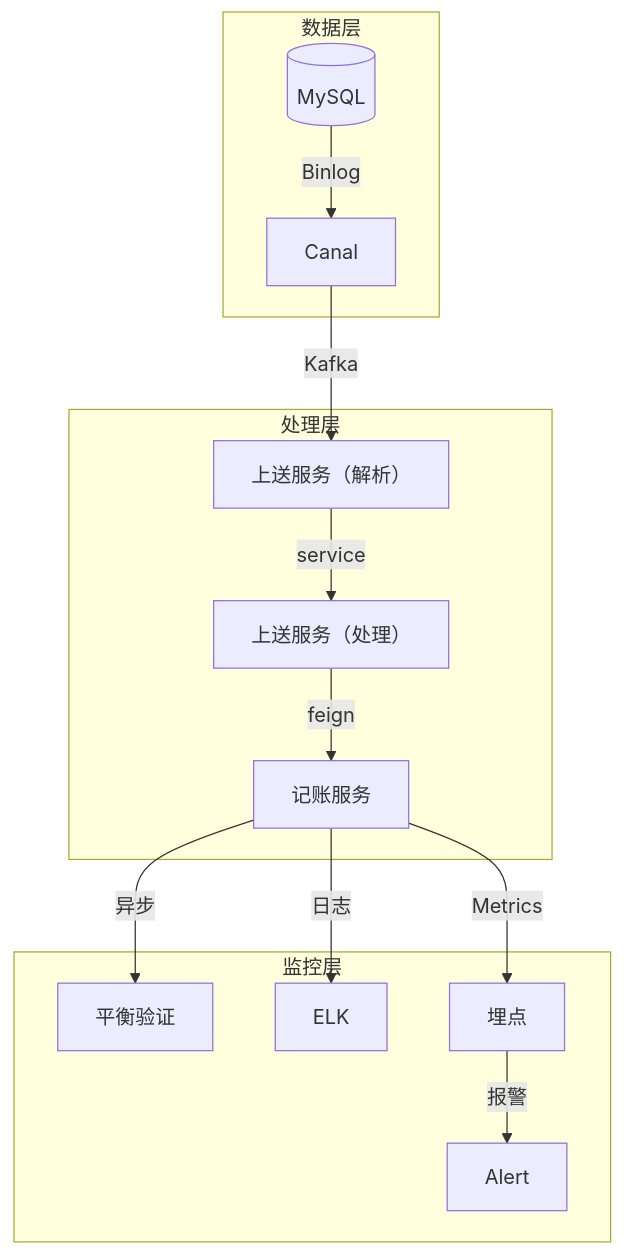
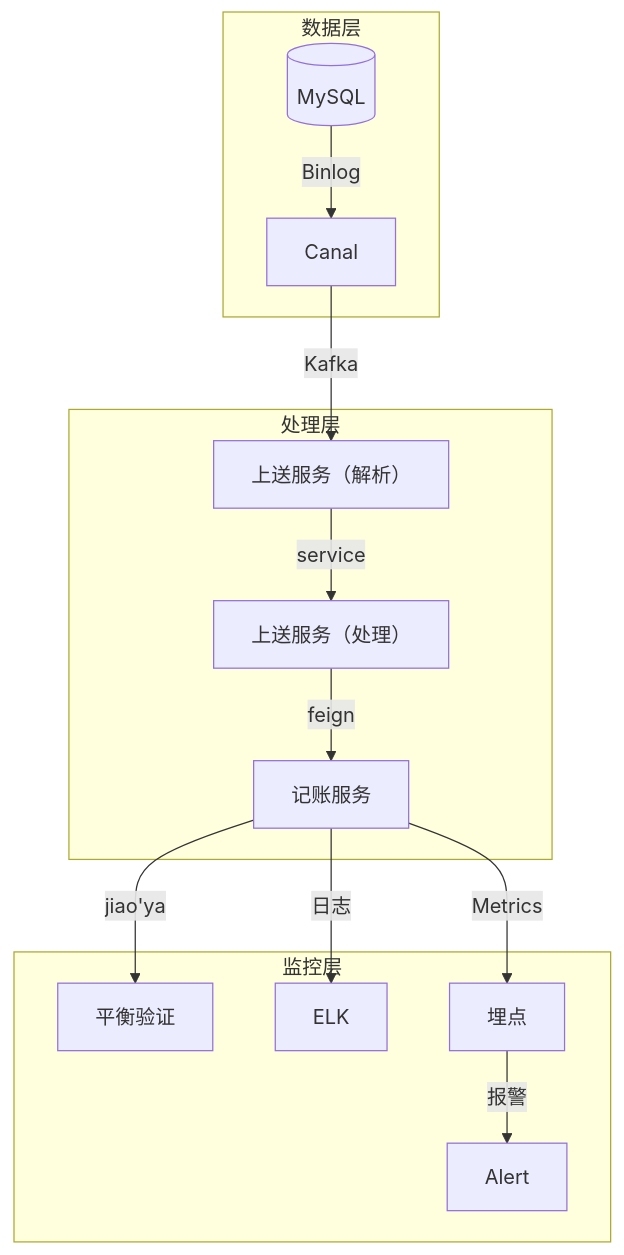
The diagram in all/未命名-1.md (87828943/iodraw-files), drawn with Mermaid before and after one commit.

Commit message:
2025-07-01 19:53:19 update

````diff
--- a/all/未命名-1.md
+++ b/all/未命名-1.md
@@ -1,17 +1,17 @@
 ```mermaid
 graph TB
     subgraph 数据层
         DB[(MySQL)] -->|Binlog| Canal
     end
     subgraph 处理层
         Canal -->|Kafka| Parser[上送服务（解析）]
         Parser -->|service| Engine[上送服务（处理）]
         Engine -->|feign| Accounting[记账服务]
     end
     subgraph 监控层
-        Accounting --> |异步| 平衡验证
+        Accounting --> |jiao'ya| 平衡验证
         Accounting -->|日志| ELK
         Accounting -->|Metrics| 埋点
         埋点 -->|报警| Alert
     end
 ```
````
